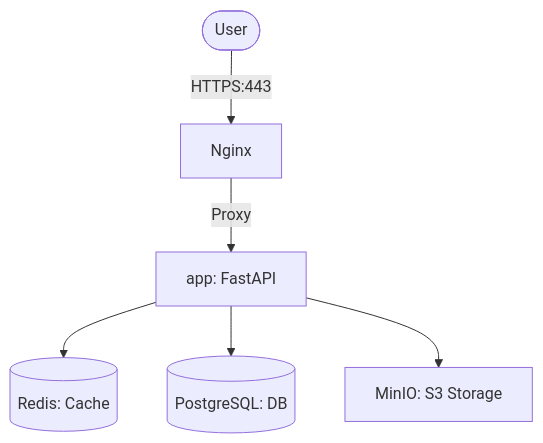
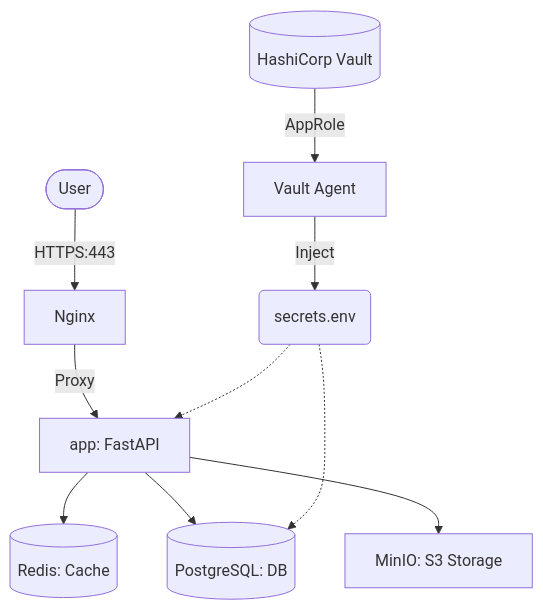
The diagram in README.md (vurados/places_backend), drawn with Mermaid before and after one commit. The commit also changed other lines of this file and 10 other files, not shown here.

````diff
--- a/README.md
+++ b/README.md
@@ -7,8 +7,12 @@
 ```mermaid
 graph TD
     User([User]) -->|HTTPS:443| Nginx[Nginx]
     Nginx -->|Proxy| FastAPI[app: FastAPI]
     FastAPI --> Redis[(Redis: Cache)]
     FastAPI --> DB[(PostgreSQL: DB)]
     FastAPI --> MinIO[MinIO: S3 Storage]
+    Vault[(HashiCorp Vault)] -->|AppRole| Agent[Vault Agent]
+    Agent -->|Inject| Secrets(secrets.env)
+    Secrets -.-> FastAPI
+    Secrets -.-> DB
 ```
````
